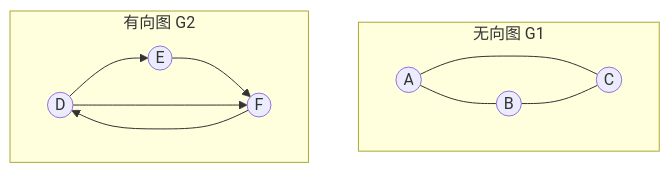
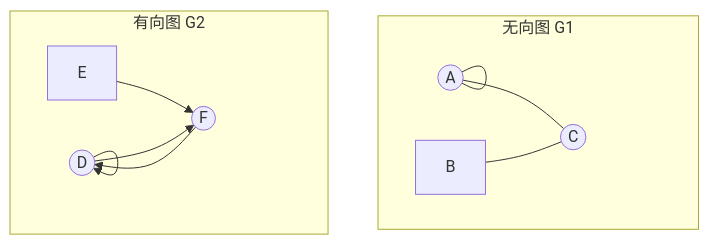
Before and after one commit to iFlicker/AndroidKnowledge: the diagram in docs/1.计算机基础/1.3.数据结构与算法/1.3.1.数据结构/1.3.1.8.图.md, drawn with Mermaid. The commit also changed 31 other files, not shown here.

Commit message:
修复1.计算机基础所有mermaid语法错误

````diff
--- a/docs/1.计算机基础/1.3.数据结构与算法/1.3.1.数据结构/1.3.1.8.图.md
+++ b/docs/1.计算机基础/1.3.数据结构与算法/1.3.1.数据结构/1.3.1.8.图.md
@@ -33,14 +33,14 @@
 ```mermaid
 graph TD
     subgraph 无向图 G1
-    A((A)) --- B((B))
-    A --- C((C))
+    A(("A")) --- A(("A"))
+    A --- C(("C"))
     B --- C
     end
     subgraph 有向图 G2
-    D((D)) --> E((E))
-    E --> F((F))
+    D(("D")) --> D(("D"))
+    E --> F(("F"))
     F --> D
     D --> F
     end
 ```
````
